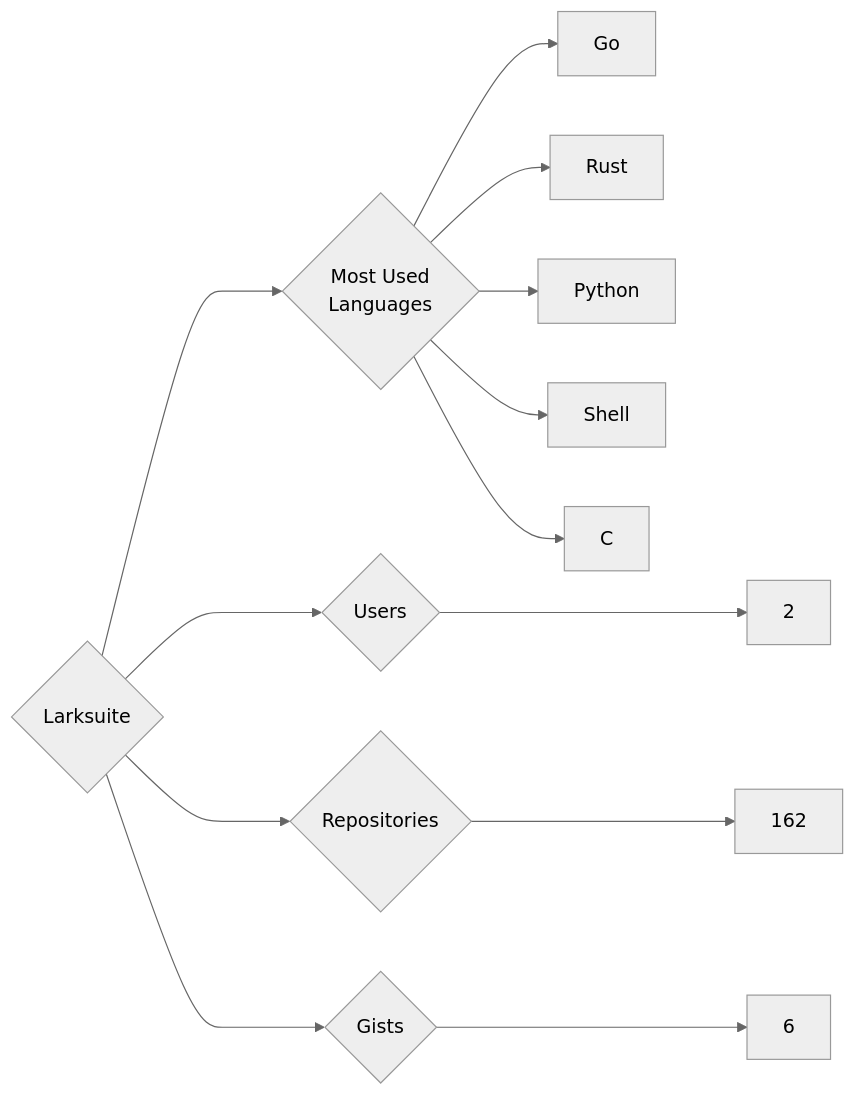
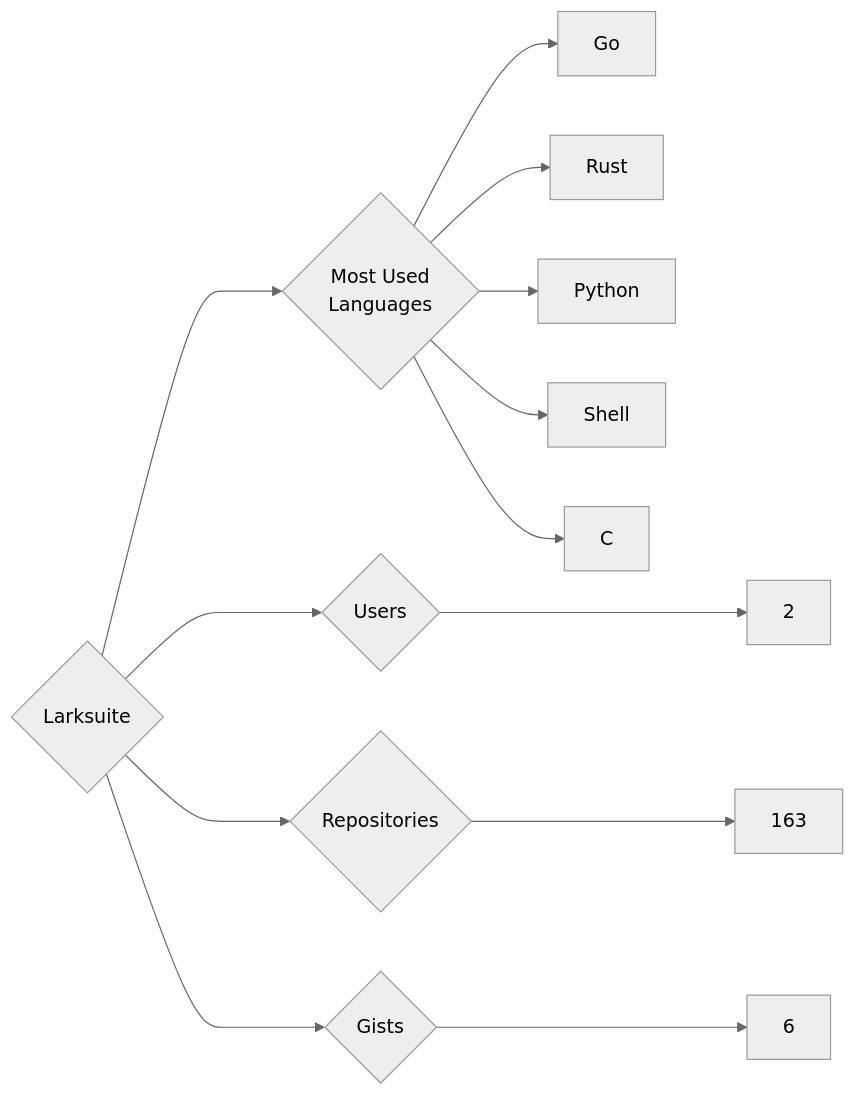
The diagram in targets/Larksuite/README.md (trickest/insiders), drawn with Mermaid (neutral theme) before and after one commit. The commit also changed 944 other files, not shown here.

````diff
--- a/targets/Larksuite/README.md
+++ b/targets/Larksuite/README.md
@@ -3,13 +3,13 @@
 ```mermaid
 graph LR
 COMPANY_NAME{Larksuite}
 COMPANY_NAME ---> U{Users} ---> UN[2]
-COMPANY_NAME ---> R{Repositories} ---> RN[162]
+COMPANY_NAME ---> R{Repositories} ---> RN[163]
 COMPANY_NAME ---> G{Gists} ---> GN[6]
 COMPANY_NAME ---> ML{Most Used<br>Languages}
 ML --> Go[Go]
 ML --> Rust[Rust]
 ML --> Python[Python]
 ML --> Shell[Shell]
 ML --> C[C]
 ```
````
